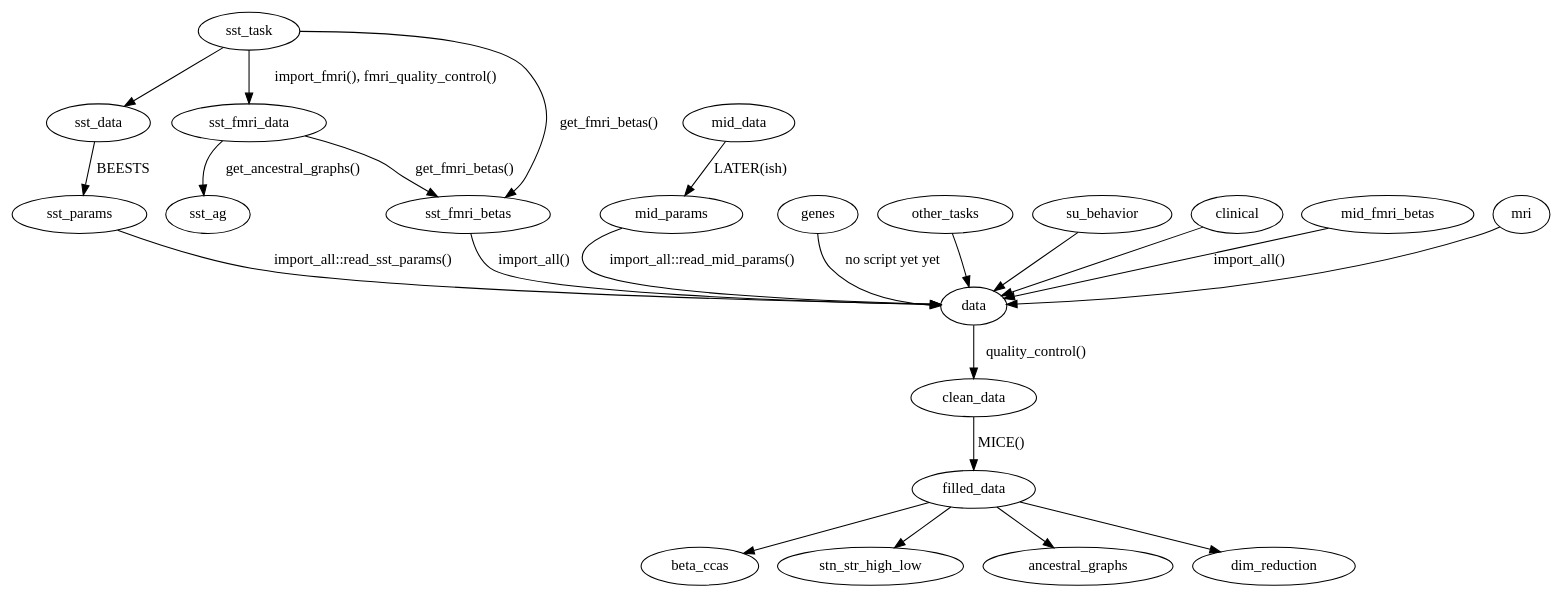
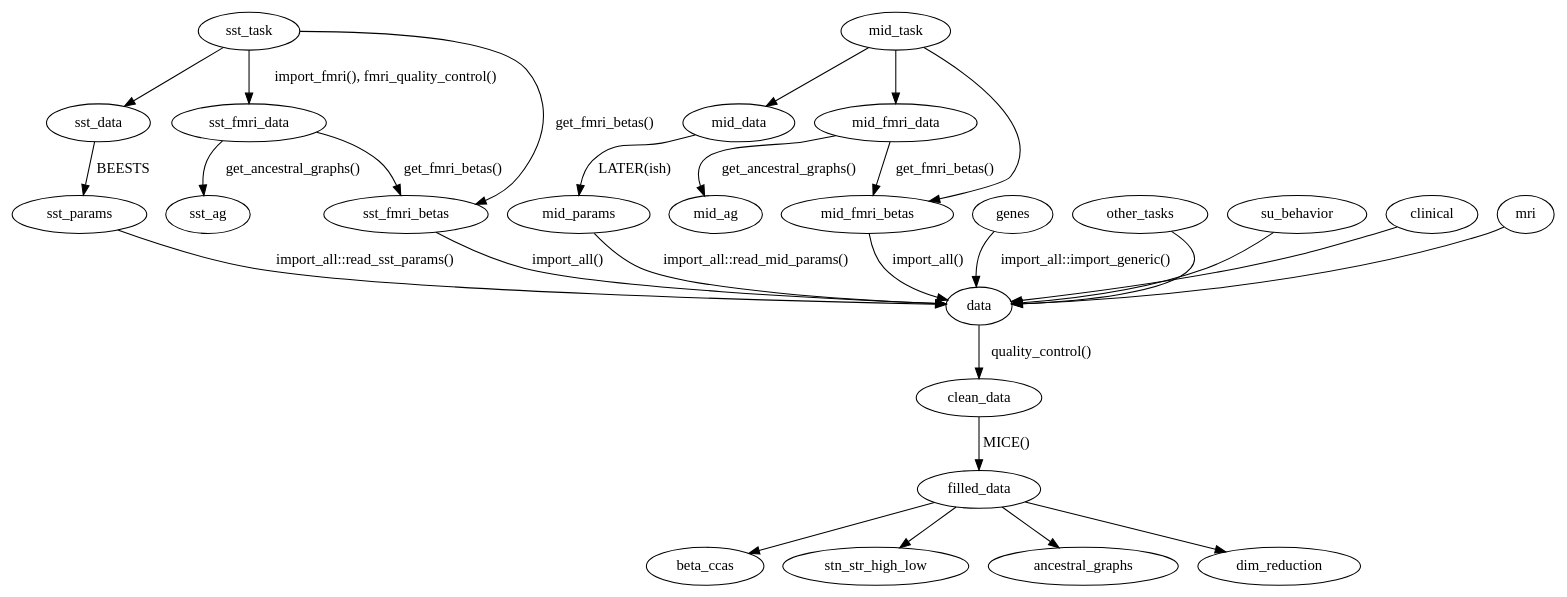
Before and after one commit to DanielNScott/imagen: the diagram in misc/project.dot, drawn with Graphviz. The commit also changed 14 other files, not shown here.

```diff
--- a/misc/project.dot
+++ b/misc/project.dot
@@ -1,34 +1,41 @@
 digraph{
    sst_task -> sst_data
-   sst_task -> sst_fmri_data [label="import_fmri(), fmri_quality_control()"]
+   sst_task -> sst_fmri_data  [label="import_fmri(), fmri_quality_control()"]
    sst_task -> sst_fmri_betas [label="get_fmri_betas()"]
 
    sst_fmri_data -> sst_fmri_betas [label="get_fmri_betas()"]
-   sst_fmri_data -> sst_ag [label="get_ancestral_graphs()"]
+   sst_fmri_data -> sst_ag         [label="get_ancestral_graphs()"]
+
+   mid_task -> mid_data
+   mid_task -> mid_fmri_data
+   mid_task -> mid_fmri_betas
+
+   mid_fmri_data -> mid_fmri_betas [label="get_fmri_betas()"]
+   mid_fmri_data -> mid_ag         [label="get_ancestral_graphs()"]
 
    sst_data -> sst_params [label="BEESTS"]
    mid_data -> mid_params [label="LATER(ish)"]
 
-   genes -> data [label="no script yet yet"]
+   genes -> data [label="import_all::import_generic()"]
 
    sst_params  -> data [label="import_all::read_sst_params()"]
    mid_params  -> data [label="import_all::read_mid_params()"]
 
    other_tasks -> data
    su_behavior -> data
    clinical    -> data
 
    sst_fmri_betas -> data [label="import_all()"]
    mid_fmri_betas -> data [label="import_all()"]
 
    mri -> data
 
    data       -> clean_data  [label="quality_control()"]
    clean_data -> filled_data [label="MICE()"]
 
    filled_data -> beta_ccas
    filled_data -> stn_str_high_low
    filled_data -> ancestral_graphs
    filled_data -> dim_reduction
 
 }
```
